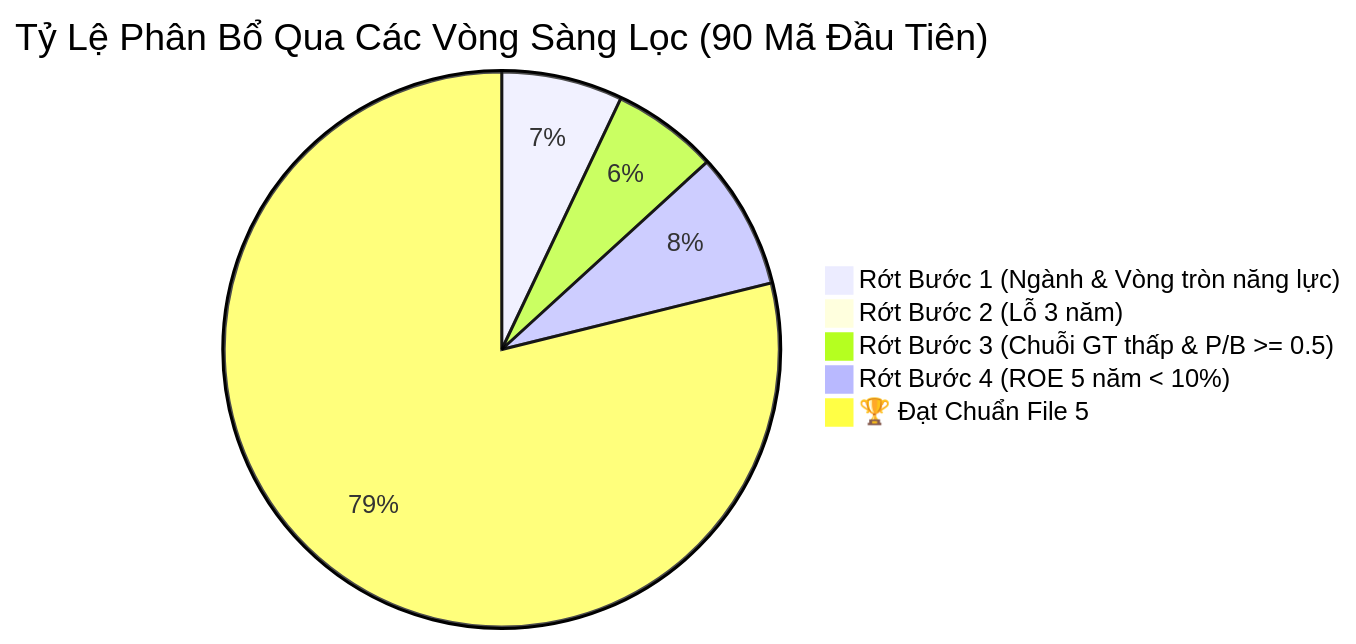
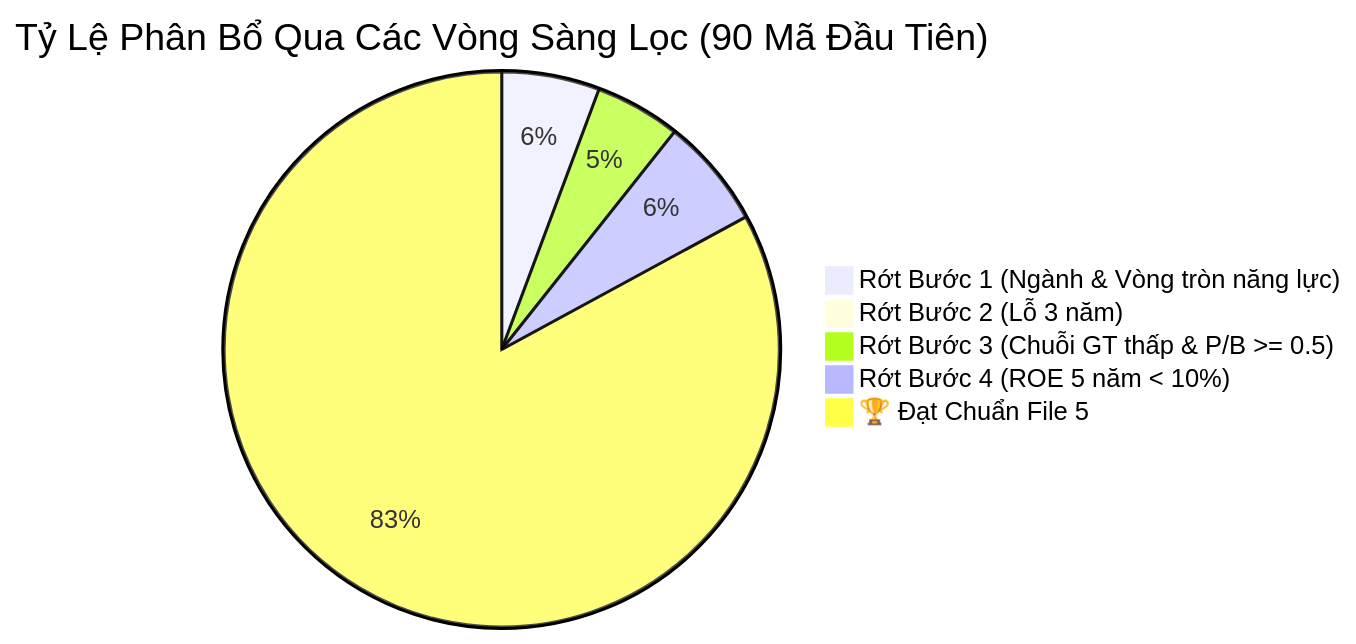
Before and after one commit to lenhan1102/pdf-analyzer: the diagram in screenings/screening_dashboard.md, drawn with Mermaid. The commit also changed other lines of this file and 8 other files, not shown here.

````diff
--- a/screenings/screening_dashboard.md
+++ b/screenings/screening_dashboard.md
@@ -9,8 +9,8 @@
 ```mermaid
 pie title Tỷ Lệ Phân Bổ Qua Các Vòng Sàng Lọc (90 Mã Đầu Tiên)
     "Rớt Bước 1 (Ngành & Vòng tròn năng lực)" : 16
     "Rớt Bước 2 (Lỗ 3 năm)" : 1
     "Rớt Bước 3 (Chuỗi GT thấp & P/B >= 0.5)" : 14
     "Rớt Bước 4 (ROE 5 năm < 10%)" : 18
-    "🏆 Đạt Chuẩn File 5" : 179
+    "🏆 Đạt Chuẩn File 5" : 233
 ```
````
